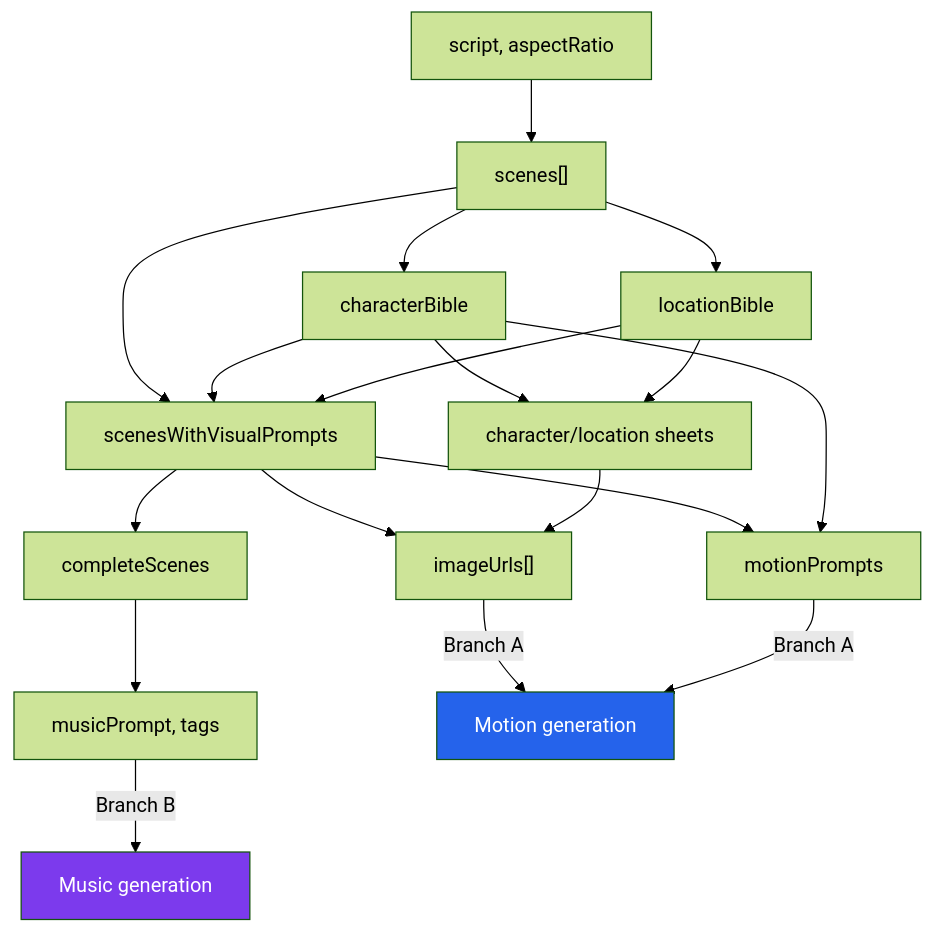
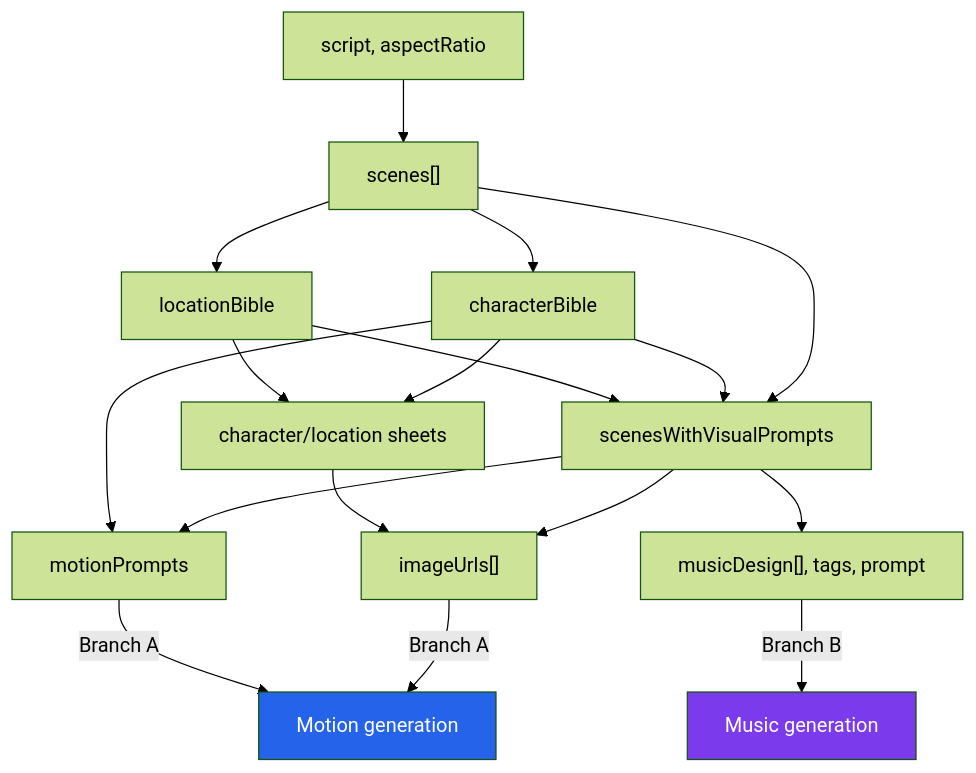
Before and after one commit to hhwjsw711/openstory: the first of 2 diagrams in docs/workflow-optimized.md, drawn with Mermaid (forest theme). The commit also changed other lines of this file and 1 other file, not shown here.

First line of the commit message:
Update workflow docs to reflect streaming parser, musicDesign, and batched polling #407

````diff
--- a/docs/workflow-optimized.md
+++ b/docs/workflow-optimized.md
@@ -29,38 +45,36 @@
 ```mermaid
 flowchart TD
     Script["script, aspectRatio"]
     Scenes["scenes[]"]
     CharBible["characterBible"]
     LocBible["locationBible"]
     VisPrompts["scenesWithVisualPrompts"]
     MotPrompts["motionPrompts"]
     Sheets["character/location sheets"]
     Images["imageUrls[]"]
-    AudioOut["completeScenes"]
-    MusicPromptOut["musicPrompt, tags"]
+    MusicDesignOut["musicDesign[], tags, prompt"]
 
     Script --> Scenes
     Scenes --> CharBible
     Scenes --> LocBible
     Scenes --> VisPrompts
     CharBible --> VisPrompts
     LocBible --> VisPrompts
     CharBible --> Sheets
     LocBible --> Sheets
     VisPrompts --> MotPrompts
     CharBible --> MotPrompts
 
     VisPrompts --> Images
     Sheets --> Images
 
-    VisPrompts --> AudioOut
-    AudioOut --> MusicPromptOut
+    VisPrompts --> MusicDesignOut
 
     Images -->|"Branch A"| MotionGen["Motion generation"]
     MotPrompts -->|"Branch A"| MotionGen
 
-    MusicPromptOut -->|"Branch B"| MusicGen["Music generation"]
+    MusicDesignOut -->|"Branch B"| MusicGen["Music generation"]
 
     style MotionGen fill:#2563eb,color:#fff
     style MusicGen fill:#7c3aed,color:#fff
 ```
````
